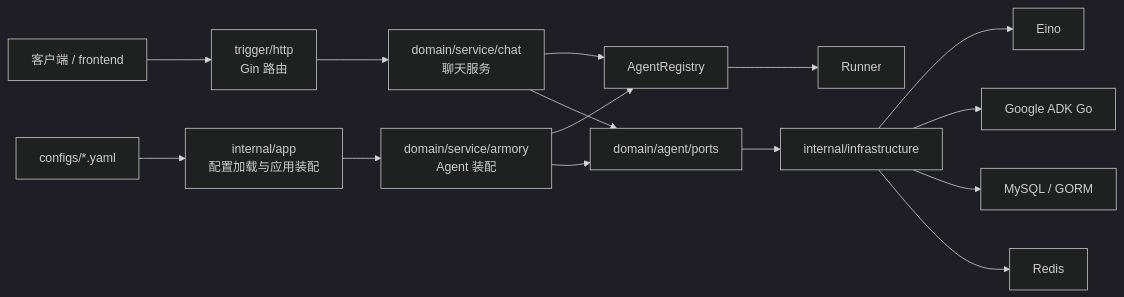
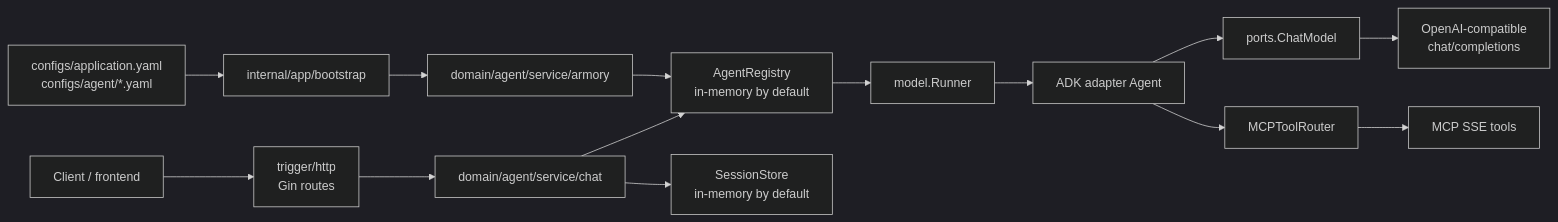
Before and after one commit to bdbd2yy/drawio-agent-go: the first of 4 diagrams in README.md, drawn with Mermaid (dark theme). The commit also changed other lines of this file and 1 other file, not shown here.

````diff
--- a/README.md
+++ b/README.md
@@ -92,19 +108,17 @@
 ```mermaid
 flowchart LR
-    Client["客户端 / frontend"] --> Trigger["trigger/http<br/>Gin 路由"]
-    Trigger --> ChatService["domain/service/chat<br/>聊天服务"]
-    ChatService --> Registry["AgentRegistry"]
-    Registry --> Runner["Runner"]
+    Client["Client / frontend"] --> Gin["trigger/http<br/>Gin routes"]
+    Gin --> ChatService["domain/agent/service/chat"]
+    ChatService --> Registry["AgentRegistry<br/>in-memory by default"]
+    ChatService --> SessionStore["SessionStore<br/>in-memory by default"]
+    Registry --> Runner["model.Runner"]
+    Runner --> Agent["ADK adapter Agent"]
+    Agent --> Model["ports.ChatModel"]
+    Model --> OpenAI["OpenAI-compatible<br/>chat/completions"]
+    Agent --> ToolRouter["MCPToolRouter"]
+    ToolRouter --> MCP["MCP SSE tools"]
 
-    Config["configs/*.yaml"] --> App["internal/app<br/>配置加载与应用装配"]
-    App --> Armory["domain/service/armory<br/>Agent 装配"]
+    Config["configs/application.yaml<br/>configs/agent/*.yaml"] --> Bootstrap["internal/app/bootstrap"]
+    Bootstrap --> Armory["domain/agent/service/armory"]
     Armory --> Registry
-
-    Armory --> Ports["domain/agent/ports"]
-    ChatService --> Ports
-    Ports --> Infra["internal/infrastructure"]
-    Infra --> Eino["Eino"]
-    Infra --> ADK["Google ADK Go"]
-    Infra --> MySQL["MySQL / GORM"]
-    Infra --> Redis["Redis"]
 ```
````
